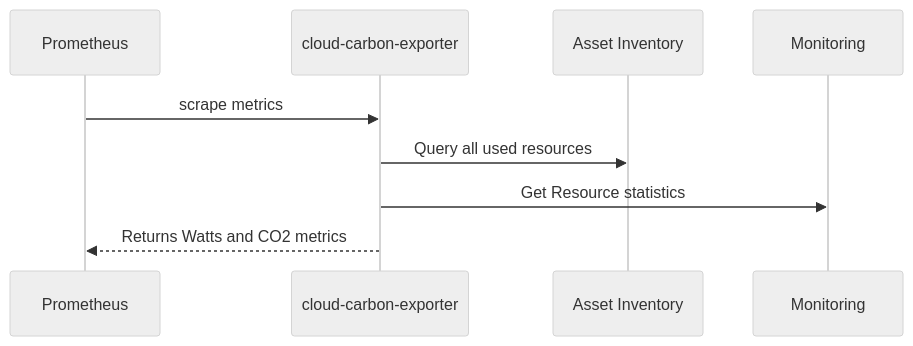
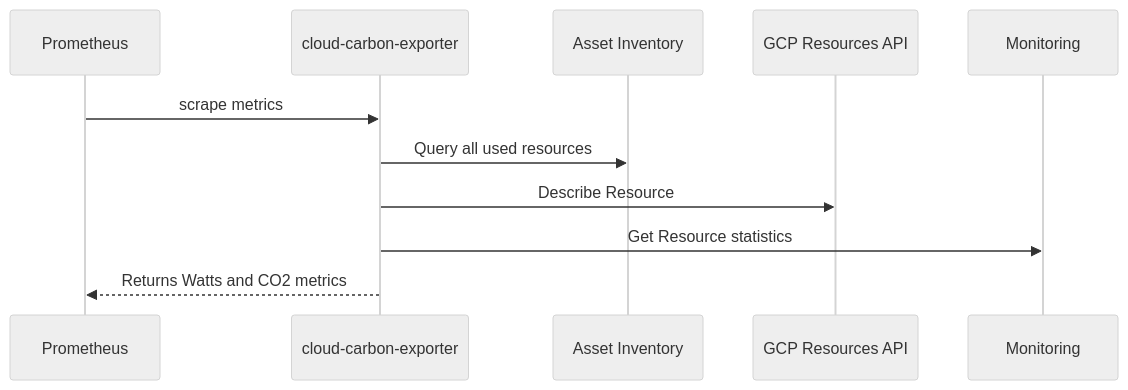
Before and after one commit to superdango/cloud-carbon-exporter: the first of 3 diagrams in README.md, drawn with Mermaid (neutral theme). The commit also changed other lines of this file and 60 other files, not shown here.

````diff
--- a/README.md
+++ b/README.md
@@ -80,7 +75,8 @@
 ```mermaid
       sequenceDiagram
             Prometheus->>cloud-carbon-exporter: scrape metrics
             cloud-carbon-exporter->>Asset Inventory: Query all used resources
+            cloud-carbon-exporter->>GCP Resources API: Describe Resource
             cloud-carbon-exporter->>Monitoring: Get Resource statistics
             cloud-carbon-exporter-->>Prometheus: Returns Watts and CO2 metrics
 ```
````
